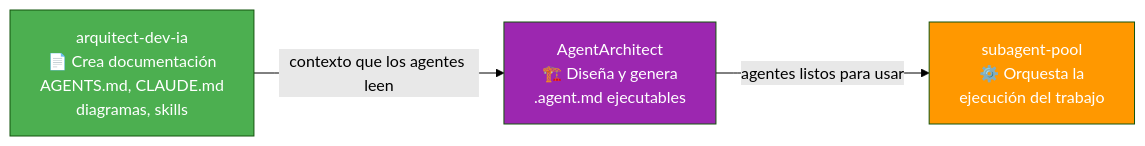
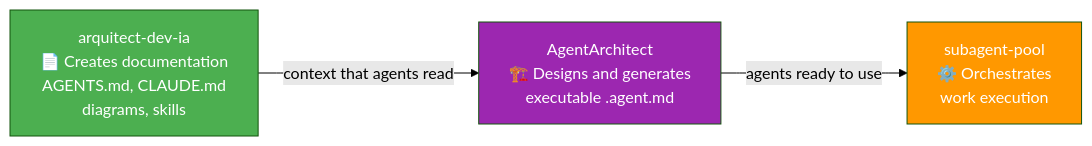
The seventh of 8 diagrams in skills/arquitec-dev-ia/SKILL.md (elisaul77/Orquestacion_Agentes_claude), drawn with Mermaid (forest theme) before and after one commit. The commit also changed other lines of this file and 14 other files, not shown here.

First line of the commit message:
feat(i18n): translate all agents, skills, and docs to English

````diff
--- a/skills/arquitec-dev-ia/SKILL.md
+++ b/skills/arquitec-dev-ia/SKILL.md
@@ -309,13 +257,13 @@
 ```mermaid
 flowchart LR
-    A["arquitect-dev-ia\n📄 Crea documentación\nAGENTS.md, CLAUDE.md\ndiagramas, skills"]
-    B["AgentArchitect\n🏗️ Diseña y genera\n.agent.md ejecutables"]
-    C["subagent-pool\n⚙️ Orquesta la\nejecución del trabajo"]
+    A["arquitect-dev-ia\n📄 Creates documentation\nAGENTS.md, CLAUDE.md\ndiagrams, skills"]
+    B["AgentArchitect\n🏗️ Designs and generates\nexecutable .agent.md"]
+    C["subagent-pool\n⚙️ Orchestrates\nwork execution"]
 
-    A -->|"contexto que los agentes leen"| B
-    B -->|"agentes listos para usar"| C
+    A -->|"context that agents read"| B
+    B -->|"agents ready to use"| C
 
     style A fill:#4caf50,color:#fff
     style B fill:#9c27b0,color:#fff
     style C fill:#ff9800,color:#fff
 ```
````
